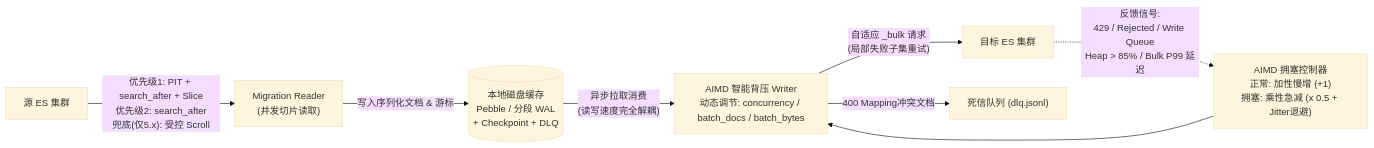
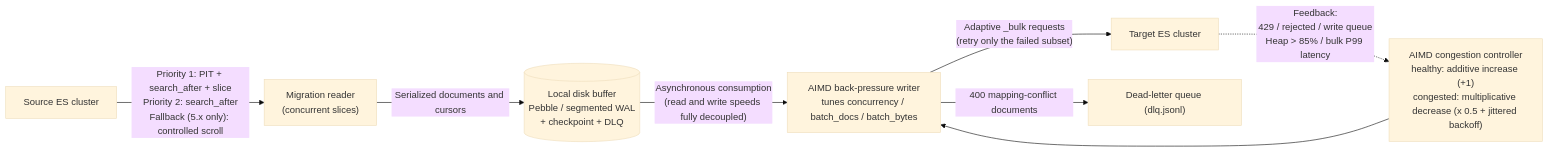
The third of 3 diagrams in docs/architecture.md (aisearchkit/searchboard), drawn with Mermaid (base theme) before and after one commit. The commit also changed other lines of this file and 22 other files, not shown here.

````diff
--- a/docs/architecture.md
+++ b/docs/architecture.md
@@ -211,14 +197,14 @@
 ```mermaid
 flowchart LR
-    Src["源 ES 集群"] -->|"优先级1: PIT + search_after + Slice<br/>优先级2: search_after<br/>兜底(仅5.x): 受控 Scroll"| Reader["Migration Reader<br/>(并发切片读取)"]
+    Src["Source ES cluster"] -->|"Priority 1: PIT + search_after + slice<br/>Priority 2: search_after<br/>Fallback (5.x only): controlled scroll"| Reader["Migration reader<br/>(concurrent slices)"]
 
-    Reader -->|"写入序列化文档 & 游标"| DiskQueue[("本地磁盘缓存<br/>Pebble / 分段 WAL<br/>+ Checkpoint + DLQ")]
+    Reader -->|"Serialized documents and cursors"| DiskQueue[("Local disk buffer<br/>Pebble / segmented WAL<br/>+ checkpoint + DLQ")]
 
-    DiskQueue -->|"异步拉取消费<br/>(读写速度完全解耦)"| Writer["AIMD 智能背压 Writer<br/>动态调节: concurrency / batch_docs / batch_bytes"]
+    DiskQueue -->|"Asynchronous consumption<br/>(read and write speeds fully decoupled)"| Writer["AIMD back-pressure writer<br/>tunes concurrency / batch_docs / batch_bytes"]
 
-    Writer -->|"自适应 _bulk 请求<br/>(局部失败子集重试)"| Dst["目标 ES 集群"]
+    Writer -->|"Adaptive _bulk requests<br/>(retry only the failed subset)"| Dst["Target ES cluster"]
 
-    Dst -.->|"反馈信号:<br/>429 / Rejected / Write Queue<br/>Heap > 85% / Bulk P99 延迟"| AIMD["AIMD 拥塞控制器<br/>正常: 加性慢增 (+1)<br/>拥塞: 乘性急减 (x 0.5 + Jitter退避)"]
+    Dst -.->|"Feedback:<br/>429 / rejected / write queue<br/>Heap > 85% / bulk P99 latency"| AIMD["AIMD congestion controller<br/>healthy: additive increase (+1)<br/>congested: multiplicative decrease (x 0.5 + jittered backoff)"]
     AIMD --> Writer
-    Writer -->|"400 Mapping冲突文档"| DLQ["死信队列 (dlq.jsonl)"]
+    Writer -->|"400 mapping-conflict documents"| DLQ["Dead-letter queue (dlq.jsonl)"]
 ```
````
